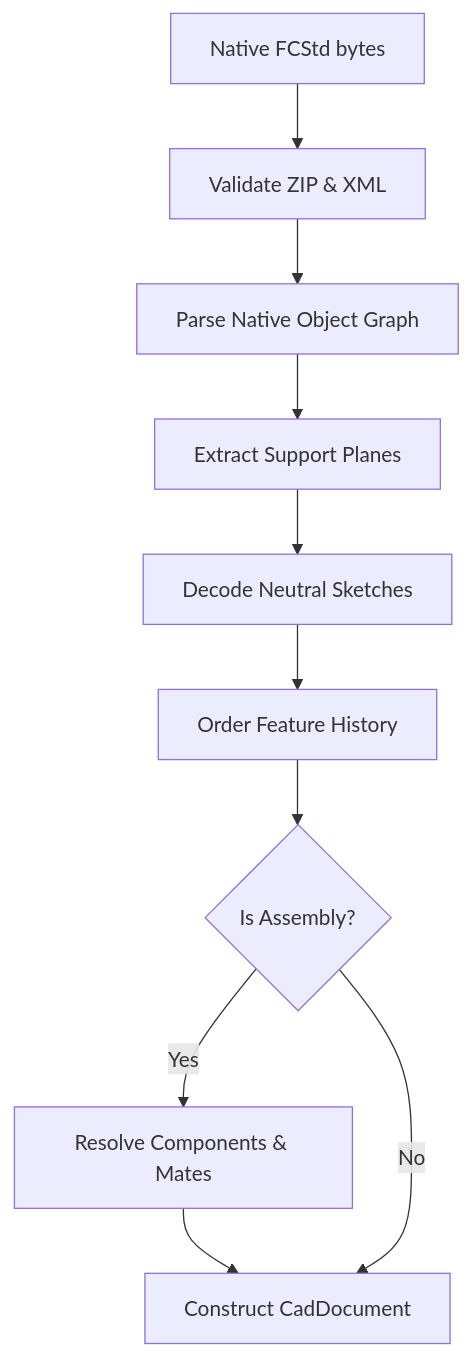
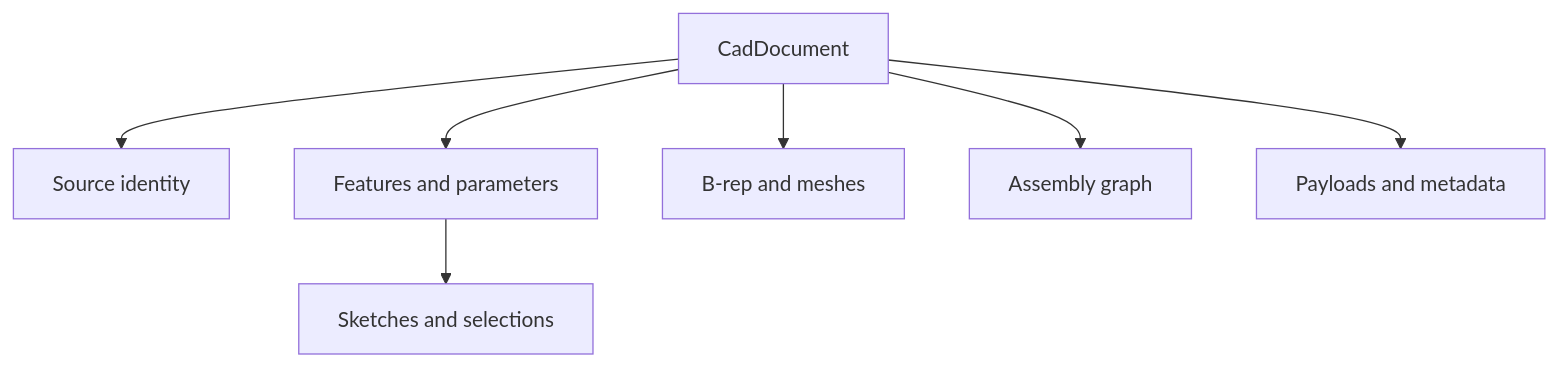
The diagram in Documentation/Reference/Model/Document.md (TryUniCAD/Kit), drawn with Mermaid before and after one commit. The commit also changed other lines of this file and 53 other files, not shown here.

````diff
--- a/Documentation/Reference/Model/Document.md
+++ b/Documentation/Reference/Model/Document.md
@@ -93,12 +42,9 @@
 ```mermaid
 flowchart TD
-    Start[Native FCStd bytes] --> Val[Validate ZIP & XML]
-    Val --> Obj[Parse Native Object Graph]
-    Obj --> Planes[Extract Support Planes]
-    Planes --> Sketches[Decode Neutral Sketches]
-    Sketches --> Timeline[Order Feature History]
-    Timeline --> Assembly{Is Assembly?}
-    Assembly -- Yes --> Comp[Resolve Components & Mates]
-    Comp --> Final[Construct CadDocument]
-    Assembly -- No --> Final
+    Document[CadDocument] --> Source[Source identity]
+    Document --> Features[Features and parameters]
+    Document --> Geometry[B-rep and meshes]
+    Document --> Assembly[Assembly graph]
+    Document --> Payloads[Payloads and metadata]
+    Features --> Sketches[Sketches and selections]
 ```
````
